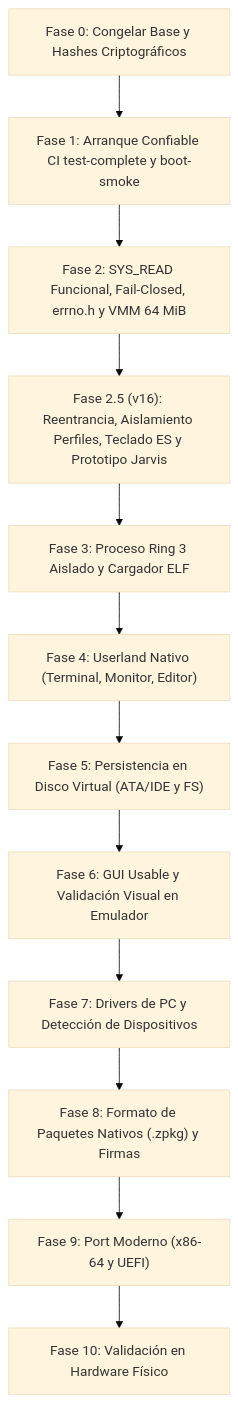
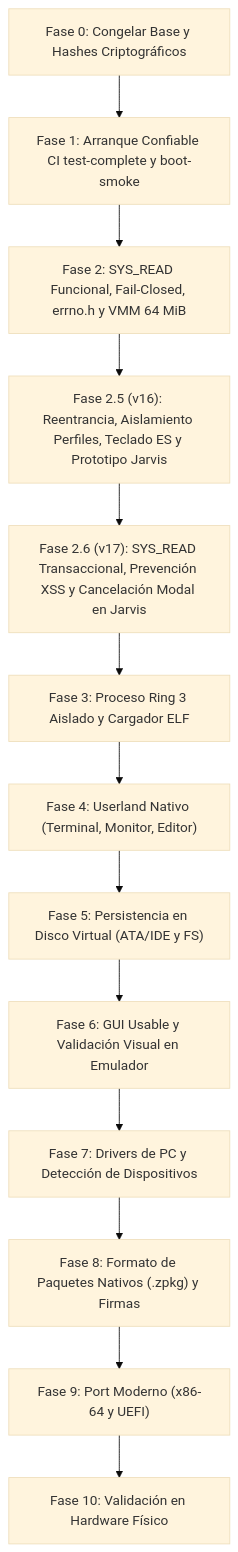
The diagram in docs/ROADMAP.md (Camila-Ianni/Zenthra), drawn with Mermaid (base theme) before and after one commit. The commit also changed other lines of this file and 10 other files, not shown here.

Commit message:
fix(v17): lectura transaccional SYS_READ, aislamiento task_set_current_profile, prevencion XSS y cancelacion modal en prototipo Jarvis

````diff
--- a/docs/ROADMAP.md
+++ b/docs/ROADMAP.md
@@ -10,14 +10,15 @@
 ```mermaid
 flowchart TD
     F0["Fase 0: Congelar Base y Hashes Criptográficos"] --> F1["Fase 1: Arranque Confiable CI test-complete y boot-smoke"]
     F1 --> F2["Fase 2: SYS_READ Funcional, Fail-Closed, errno.h y VMM 64 MiB"]
     F2 --> F2B["Fase 2.5 (v16): Reentrancia, Aislamiento Perfiles, Teclado ES y Prototipo Jarvis"]
-    F2B --> F3["Fase 3: Proceso Ring 3 Aislado y Cargador ELF"]
+    F2B --> F2C["Fase 2.6 (v17): SYS_READ Transaccional, Prevención XSS y Cancelación Modal en Jarvis"]
+    F2C --> F3["Fase 3: Proceso Ring 3 Aislado y Cargador ELF"]
     F3 --> F4["Fase 4: Userland Nativo (Terminal, Monitor, Editor)"]
     F4 --> F5["Fase 5: Persistencia en Disco Virtual (ATA/IDE y FS)"]
     F5 --> F6["Fase 6: GUI Usable y Validación Visual en Emulador"]
     F6 --> F7["Fase 7: Drivers de PC y Detección de Dispositivos"]
     F7 --> F8["Fase 8: Formato de Paquetes Nativos (.zpkg) y Firmas"]
     F8 --> F9["Fase 9: Port Moderno (x86-64 y UEFI)"]
     F9 --> F10["Fase 10: Validación en Hardware Físico"]
 ```
````
